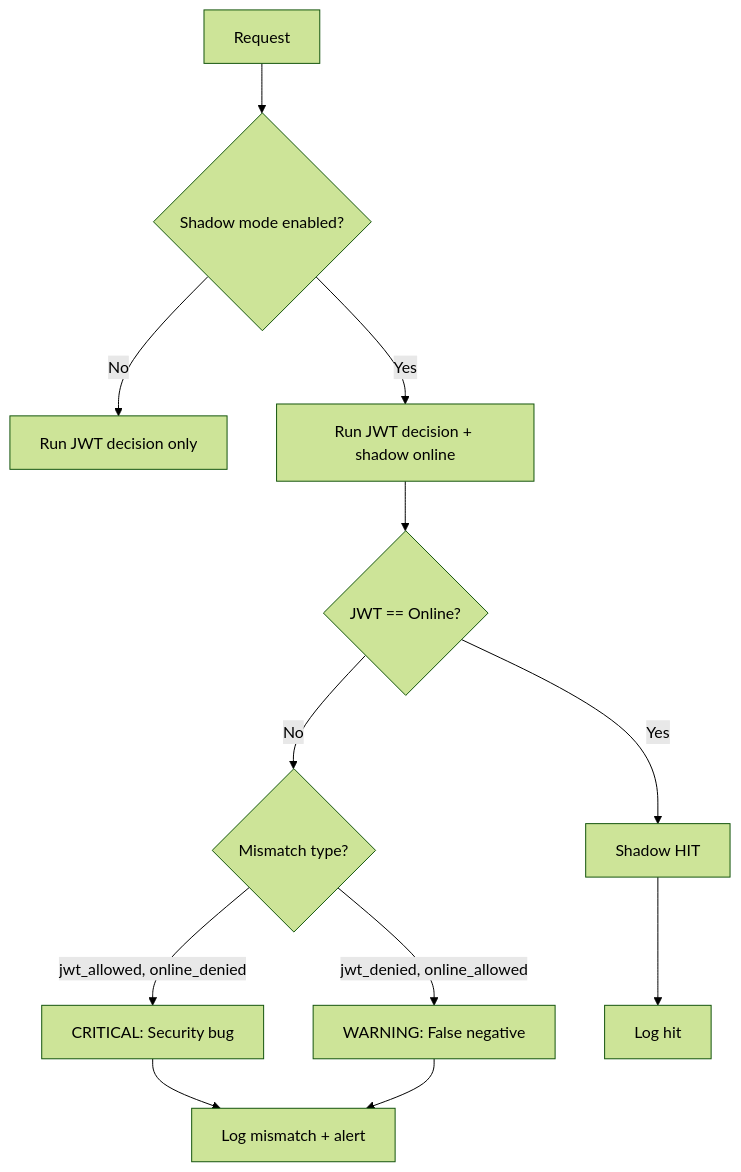
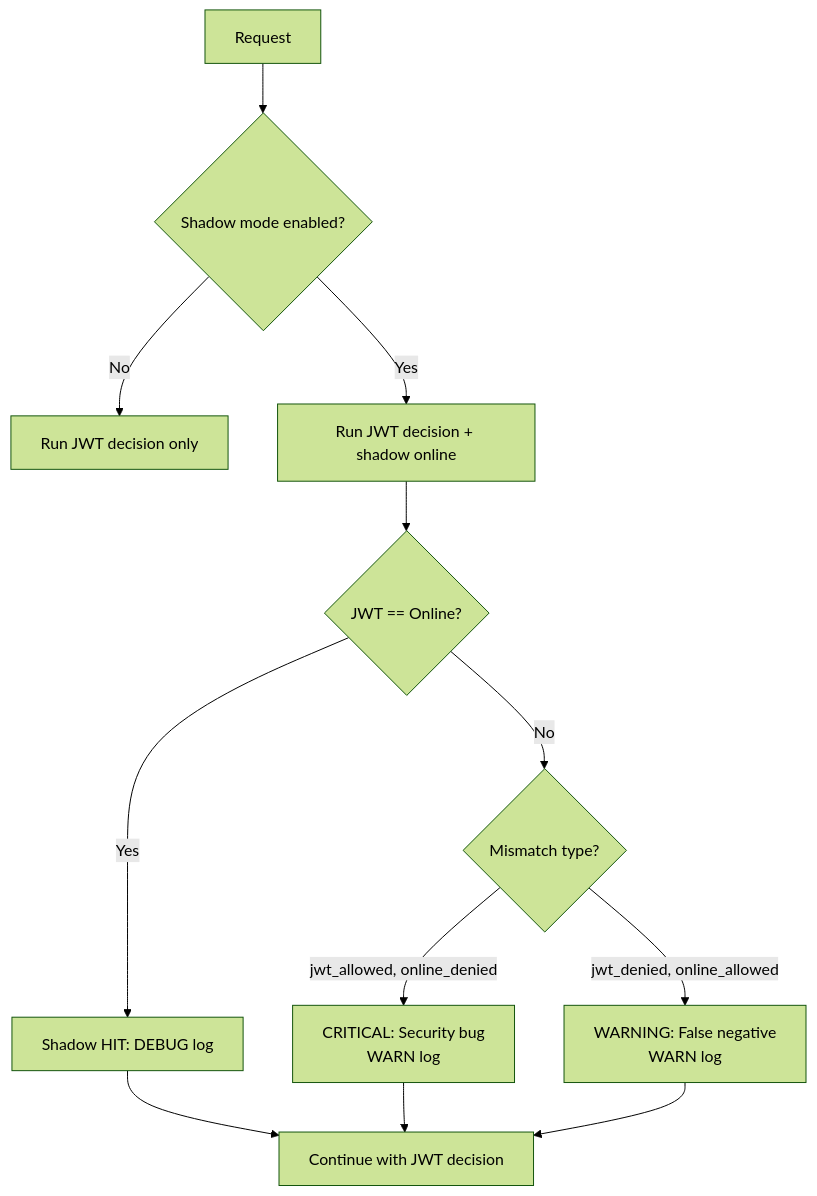
One commit to microscaler/sesame-idam changed the third of 4 diagrams in docs/Epics/09-observability/stories/story-9.4.md. Above: the diagram before and after it, drawn with Mermaid (forest theme). The commit also changed other lines of this file and 3 other files, not shown here.

````diff
--- a/docs/Epics/09-observability/stories/story-9.4.md
+++ b/docs/Epics/09-observability/stories/story-9.4.md
@@ -170,17 +228,17 @@
 ```mermaid
 flowchart TD
     A[Request] --> B{Shadow mode enabled?}
     B -->|No| C[Run JWT decision only]
     B -->|Yes| D[Run JWT decision + shadow online]
     
     D --> E{JWT == Online?}
-    E -->|Yes| F[Shadow HIT]
+    E -->|Yes| F[Shadow HIT: DEBUG log]
     E -->|No| G{Mismatch type?}
     
-    G -->|jwt_allowed, online_denied| H[CRITICAL: Security bug]
-    G -->|jwt_denied, online_allowed| I[WARNING: False negative]
+    G -->|jwt_allowed, online_denied| H[CRITICAL: Security bug<br/>WARN log]
+    G -->|jwt_denied, online_allowed| I[WARNING: False negative<br/>WARN log]
     
-    F --> J[Log hit]
-    H --> K[Log mismatch + alert]
-    I --> K
+    F --> J[Continue with JWT decision]
+    H --> J
+    I --> J
 ```
````
